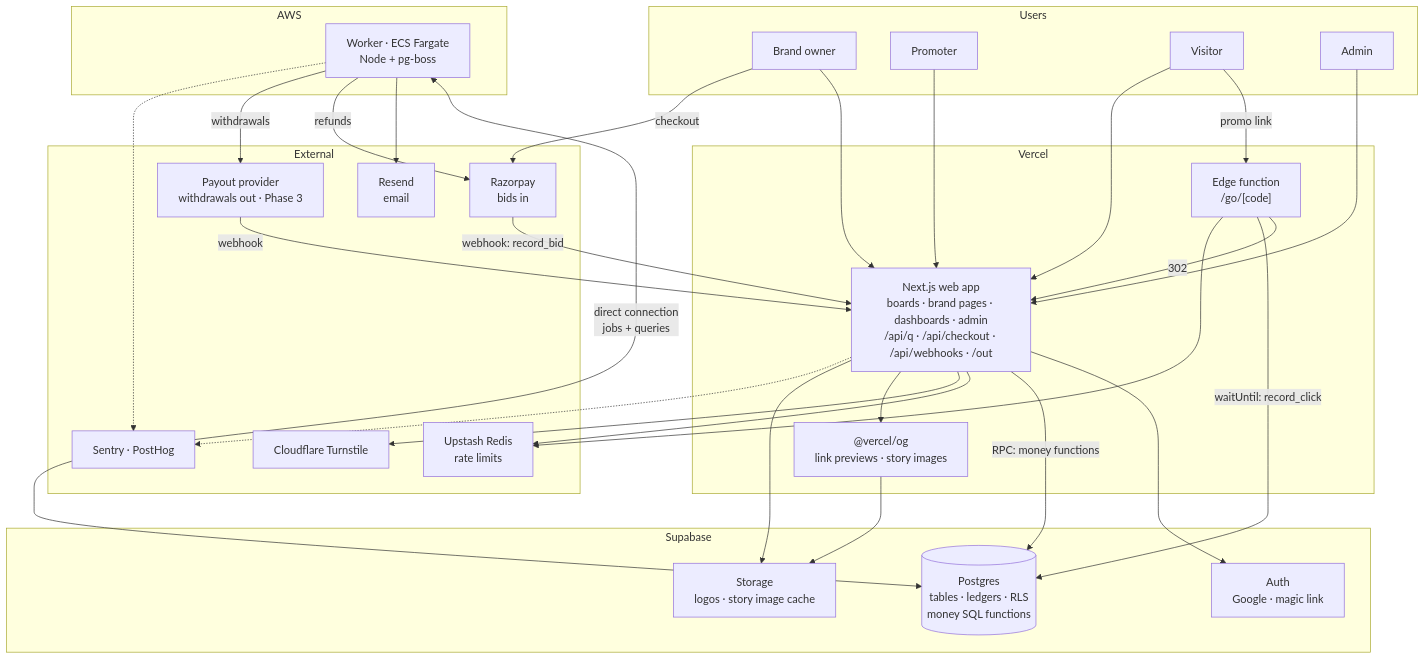
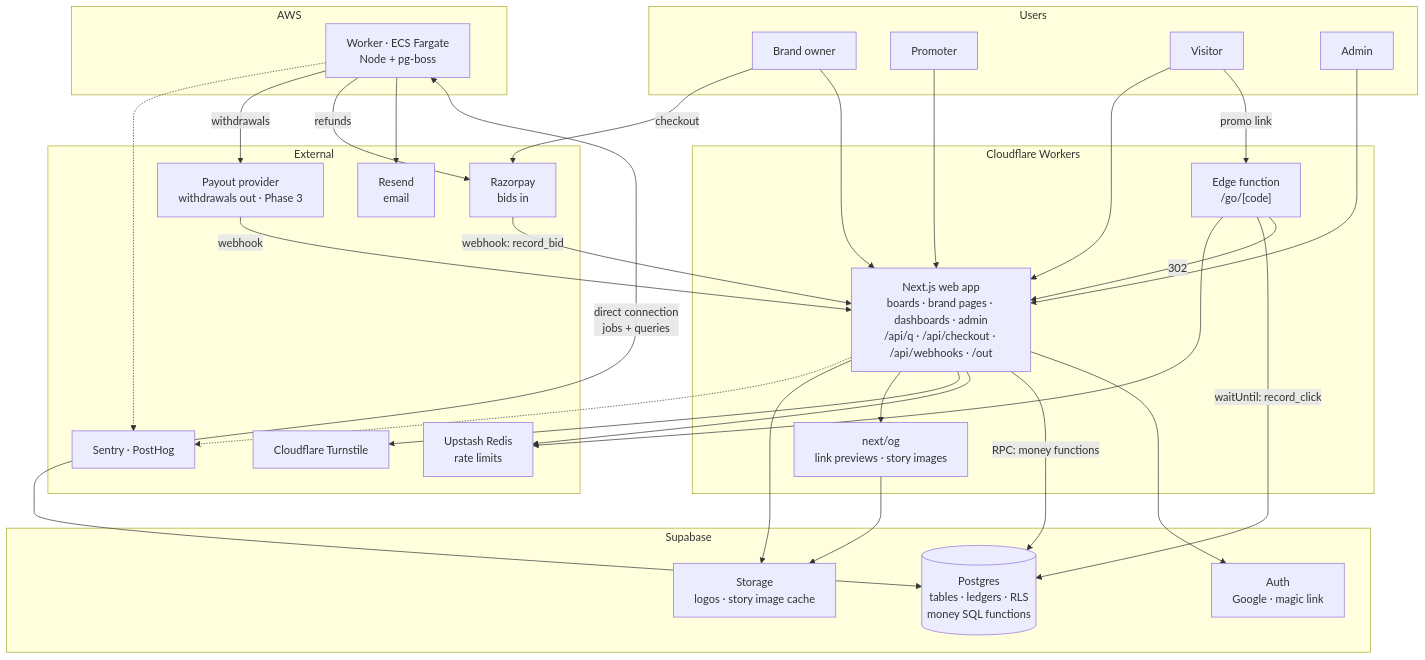
The first of 4 diagrams in README.md (KshaunishHarsha/brandbid), drawn with Mermaid before and after one commit. The commit also changed other lines of this file and 5 other files, not shown here.

First line of the commit message:
D43: deploy the web app on Cloudflare Workers (OpenNext), not Vercel

````diff
--- a/README.md
+++ b/README.md
@@ -25,61 +25,61 @@
 ```mermaid
 flowchart TB
     subgraph Users
         B[Brand owner]
         P[Promoter]
         V[Visitor]
         A[Admin]
     end
 
-    subgraph Vercel
+    subgraph Cloudflare["Cloudflare Workers"]
         WEB["Next.js web app<br/>boards · brand pages · dashboards · admin<br/>/api/q · /api/checkout · /api/webhooks · /out"]
         EDGE["Edge function<br/>/go/[code]"]
-        OG["@vercel/og<br/>link previews · story images"]
+        OG["next/og<br/>link previews · story images"]
     end
 
     subgraph Supabase
         DB[("Postgres<br/>tables · ledgers · RLS<br/>money SQL functions")]
         AUTH[Auth<br/>Google · magic link]
         STORE[Storage<br/>logos · story image cache]
     end
 
     subgraph AWS
         WORKER["Worker · ECS Fargate<br/>Node + pg-boss"]
     end
 
     subgraph External
         RZP[Razorpay<br/>bids in]
         PAYOUT[Payout provider<br/>withdrawals out · Phase 3]
         TURN[Cloudflare Turnstile]
         REDIS[Upstash Redis<br/>rate limits]
         RESEND[Resend<br/>email]
         SENTRY[Sentry · PostHog]
     end
 
     B & P & A --> WEB
     V -->|promo link| EDGE
     EDGE -->|302| WEB
     V --> WEB
 
     WEB --> AUTH
     WEB -->|RPC: money functions| DB
     EDGE -->|waitUntil: record_click| DB
     EDGE --> REDIS
     WEB --> REDIS
     WEB --> TURN
     WEB --> OG
     OG --> STORE
     WEB --> STORE
 
     B -->|checkout| RZP
     RZP -->|webhook: record_bid| WEB
 
     WORKER <-->|"direct connection<br/>jobs + queries"| DB
     WORKER --> RESEND
     WORKER -->|"refunds"| RZP
     WORKER -->|"withdrawals"| PAYOUT
     PAYOUT -->|webhook| WEB
 
     WEB -.-> SENTRY
     WORKER -.-> SENTRY
 ```
````
